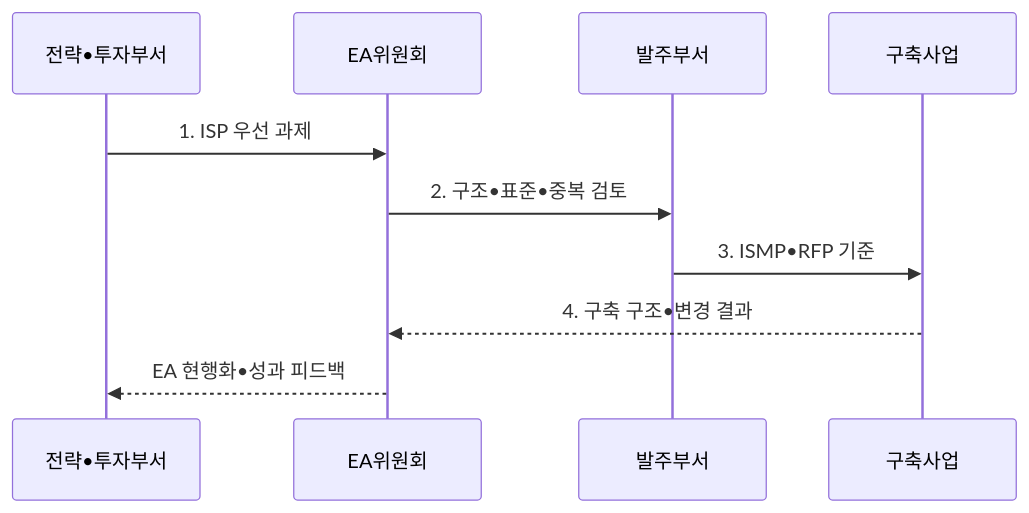
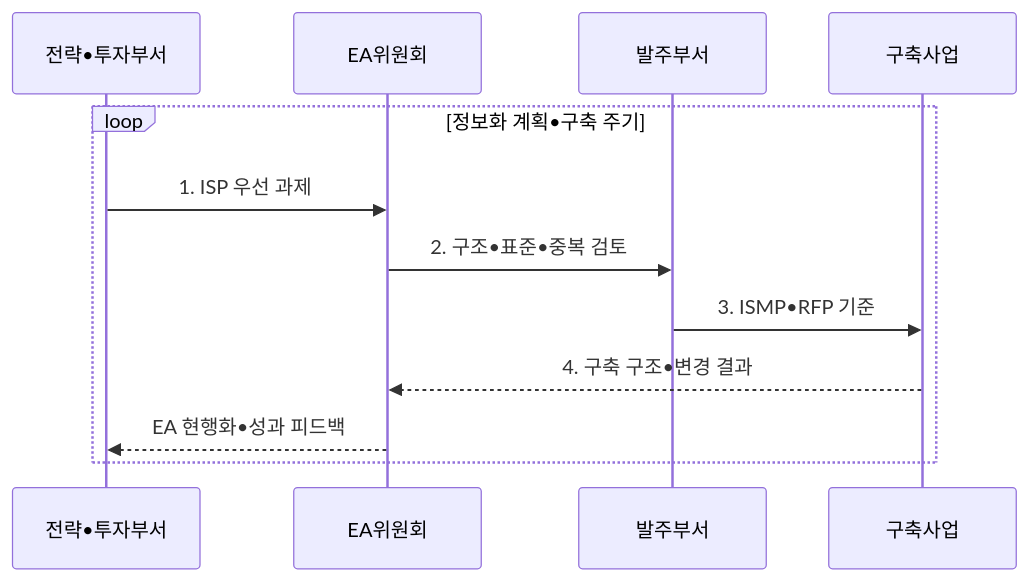
One commit to agnusdei1207/knowledge-base changed the second of 2 diagrams in src/content/docs/notes/07-law-policy/004_isp_ismp_ea_comparison.md. Above: the diagram before and after it, drawn with Mermaid. The commit also changed other lines of this file and 18 other files, not shown here.

````diff
--- a/src/content/docs/notes/07-law-policy/004_isp_ismp_ea_comparison.md
+++ b/src/content/docs/notes/07-law-policy/004_isp_ismp_ea_comparison.md
@@ -97,12 +97,14 @@
 ```mermaid
 sequenceDiagram
     participant S as 전략•투자부서
     participant E as EA위원회
     participant P as 발주부서
     participant B as 구축사업
-    S->>E: 1. ISP 우선 과제
-    E->>P: 2. 구조•표준•중복 검토
-    P->>B: 3. ISMP•RFP 기준
-    B-->>E: 4. 구축 구조•변경 결과
-    E-->>S: EA 현행화•성과 피드백
+    loop 정보화 계획•구축 주기
+        S->>E: 1. ISP 우선 과제
+        E->>P: 2. 구조•표준•중복 검토
+        P->>B: 3. ISMP•RFP 기준
+        B-->>E: 4. 구축 구조•변경 결과
+        E-->>S: EA 현행화•성과 피드백
+    end
 ```
````
